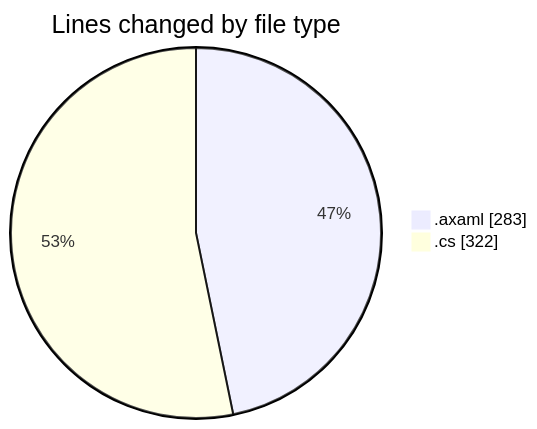
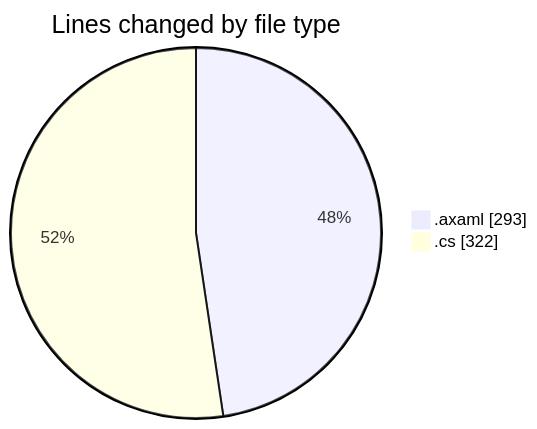
Before and after one commit to Netris89/code-tracking: the first of 2 diagrams in 2025-10-30/skintrack/README.md, drawn with Mermaid. The commit also changed other lines of this file and 1 other file, not shown here.

````diff
--- a/2025-10-30/skintrack/README.md
+++ b/2025-10-30/skintrack/README.md
@@ -29,6 +29,6 @@
 ```mermaid
 pie showData
 title Lines changed by file type
-".axaml" : 283
+".axaml" : 293
 ".cs" : 322
 ```
````
